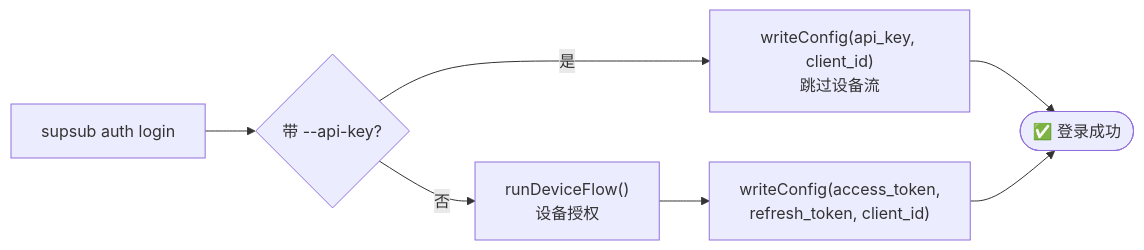
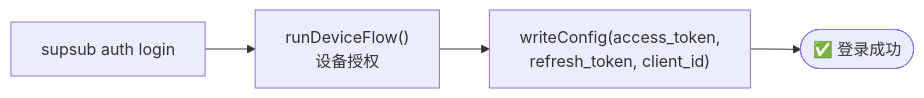
One commit to SupSub-AI/supsub-cli changed the sixth of 6 diagrams in docs/cli-auth-flow.md. Above: the diagram before and after it, drawn with Mermaid. The commit also changed other lines of this file and 42 other files, not shown here.

First line of the commit message:
feat(auth)!: 移除 API Key 鉴权，登录唯一入口收敛为 OAuth 设备授权

````diff
--- a/docs/cli-auth-flow.md
+++ b/docs/cli-auth-flow.md
@@ -170,9 +165,6 @@
 ```mermaid
 flowchart LR
-    L["supsub auth login"] --> Q{带 --api-key?}
-    Q -- 是 --> K["writeConfig(api_key, client_id)<br/>跳过设备流"]
-    Q -- 否 --> DF["runDeviceFlow()<br/>设备授权"]
+    L["supsub auth login"] --> DF["runDeviceFlow()<br/>设备授权"]
     DF --> S["writeConfig(access_token,<br/>refresh_token, client_id)"]
-    K --> OK([✅ 登录成功])
-    S --> OK
+    S --> OK([✅ 登录成功])
 ```
````
